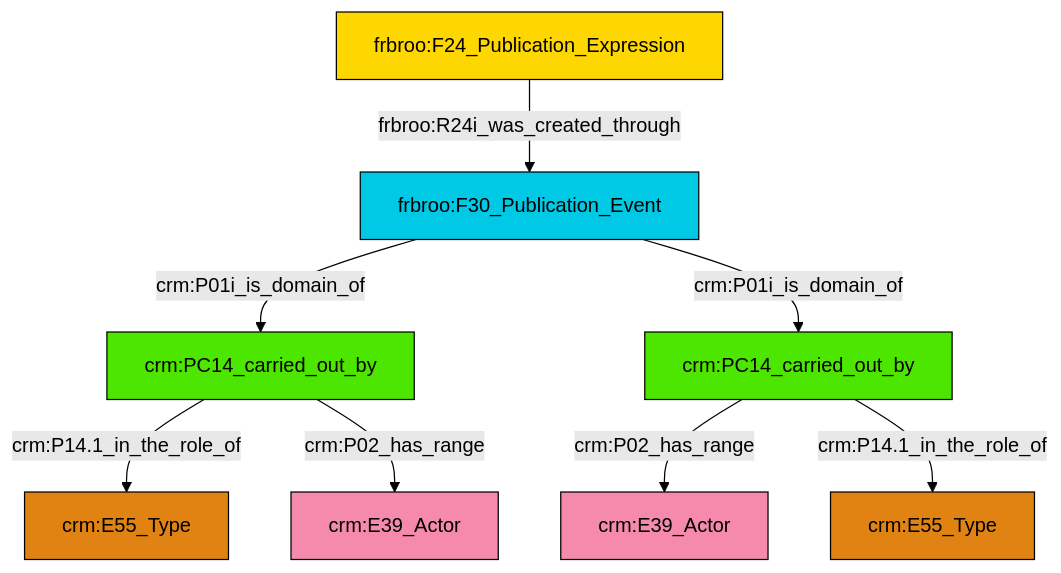
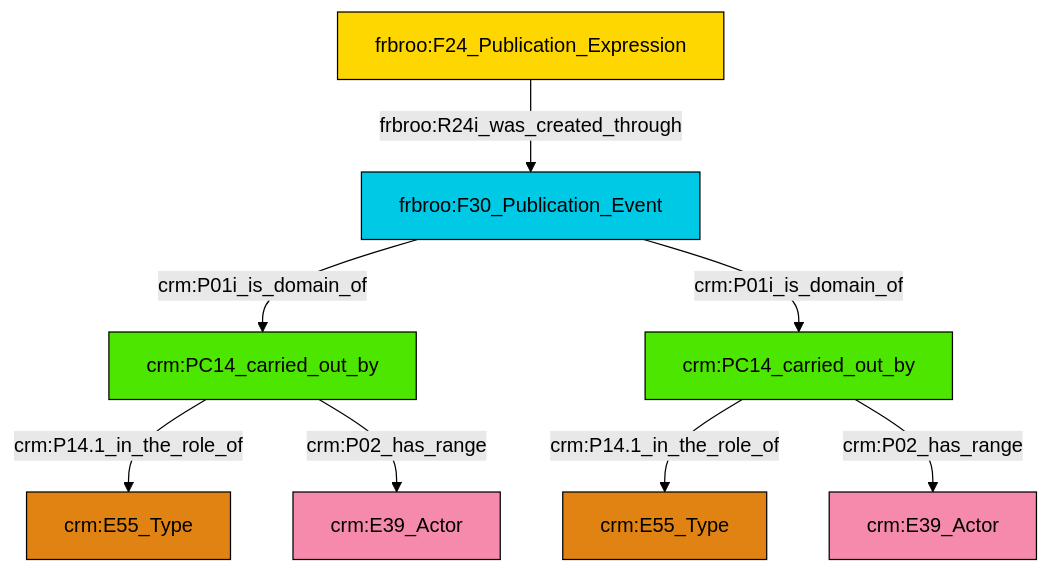
The diagram in et/biblioCSV/ttl/mmd/biblio_actor_relations.ttl.mmd (swiss-art-research-net/docs.swissartresearch), drawn with Mermaid (forest theme) before and after one commit. The commit also changed 175 other files, not shown here.

```diff
--- a/et/biblioCSV/ttl/mmd/biblio_actor_relations.ttl.mmd
+++ b/et/biblioCSV/ttl/mmd/biblio_actor_relations.ttl.mmd
@@ -1,22 +1,22 @@
 graph TD
 classDef Literal fill:#f2f2f2,stroke:#000000;
 classDef CRM_Entity fill:#FFFFFF,stroke:#000000;
 classDef Temporal_Entity fill:#00C9E6, stroke:#000000;
 classDef Type fill:#E18312, stroke:#000000;
 classDef Time-Span fill:#2C9C91, stroke:#000000;
 classDef Appellation fill:#FFEB7F, stroke:#000000;
 classDef Place fill:#008836, stroke:#000000;
 classDef Persistent_Item fill:#B266B2, stroke:#000000;
 classDef Conceptual_Object fill:#FFD700, stroke:#000000;
 classDef Physical_Thing fill:#D2B48C, stroke:#000000;
 classDef Actor fill:#f58aad, stroke:#000000;
 classDef PC_Classes fill:#4ce600, stroke:#000000;
 classDef Multi fill:#cccccc,stroke:#000000;
 
-0["frbroo:F30_Publication_Event"]:::Temporal_Entity -->|crm:P01i_is_domain_of| 1["crm:PC14_carried_out_by"]:::PC_Classes
-1["crm:PC14_carried_out_by"]:::PC_Classes -->|crm:P14.1_in_the_role_of| 12["crm:E55_Type"]:::Type
-14["crm:PC14_carried_out_by"]:::PC_Classes -->|crm:P02_has_range| 7["crm:E39_Actor"]:::Actor
-14["crm:PC14_carried_out_by"]:::PC_Classes -->|crm:P14.1_in_the_role_of| 2["crm:E55_Type"]:::Type
-0["frbroo:F30_Publication_Event"]:::Temporal_Entity -->|crm:P01i_is_domain_of| 14["crm:PC14_carried_out_by"]:::PC_Classes
-1["crm:PC14_carried_out_by"]:::PC_Classes -->|crm:P02_has_range| 9["crm:E39_Actor"]:::Actor
-5["frbroo:F24_Publication_Expression"]:::Conceptual_Object -->|frbroo:R24i_was_created_through| 0["frbroo:F30_Publication_Event"]:::Temporal_Entity
+0["crm:PC14_carried_out_by"]:::PC_Classes -->|crm:P14.1_in_the_role_of| 4["crm:E55_Type"]:::Type
+2["frbroo:F30_Publication_Event"]:::Temporal_Entity -->|crm:P01i_is_domain_of| 5["crm:PC14_carried_out_by"]:::PC_Classes
+0["crm:PC14_carried_out_by"]:::PC_Classes -->|crm:P02_has_range| 6["crm:E39_Actor"]:::Actor
+5["crm:PC14_carried_out_by"]:::PC_Classes -->|crm:P14.1_in_the_role_of| 7["crm:E55_Type"]:::Type
+2["frbroo:F30_Publication_Event"]:::Temporal_Entity -->|crm:P01i_is_domain_of| 0["crm:PC14_carried_out_by"]:::PC_Classes
+12["frbroo:F24_Publication_Expression"]:::Conceptual_Object -->|frbroo:R24i_was_created_through| 2["frbroo:F30_Publication_Event"]:::Temporal_Entity
+5["crm:PC14_carried_out_by"]:::PC_Classes -->|crm:P02_has_range| 10["crm:E39_Actor"]:::Actor
```
